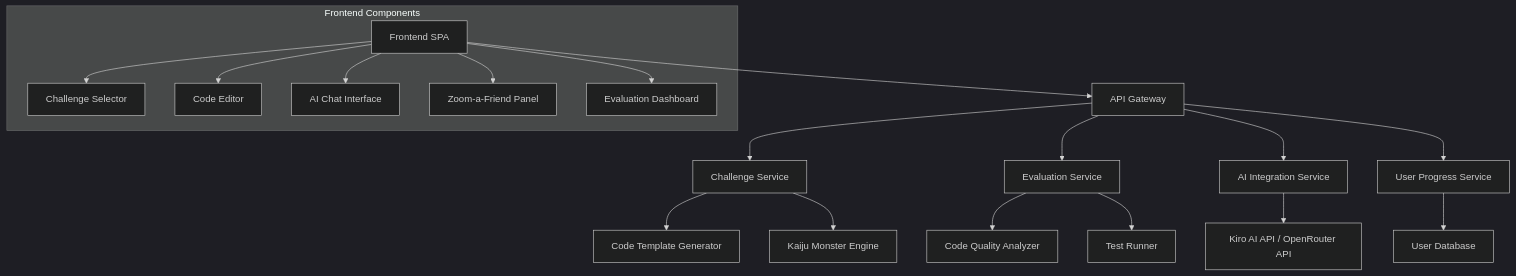
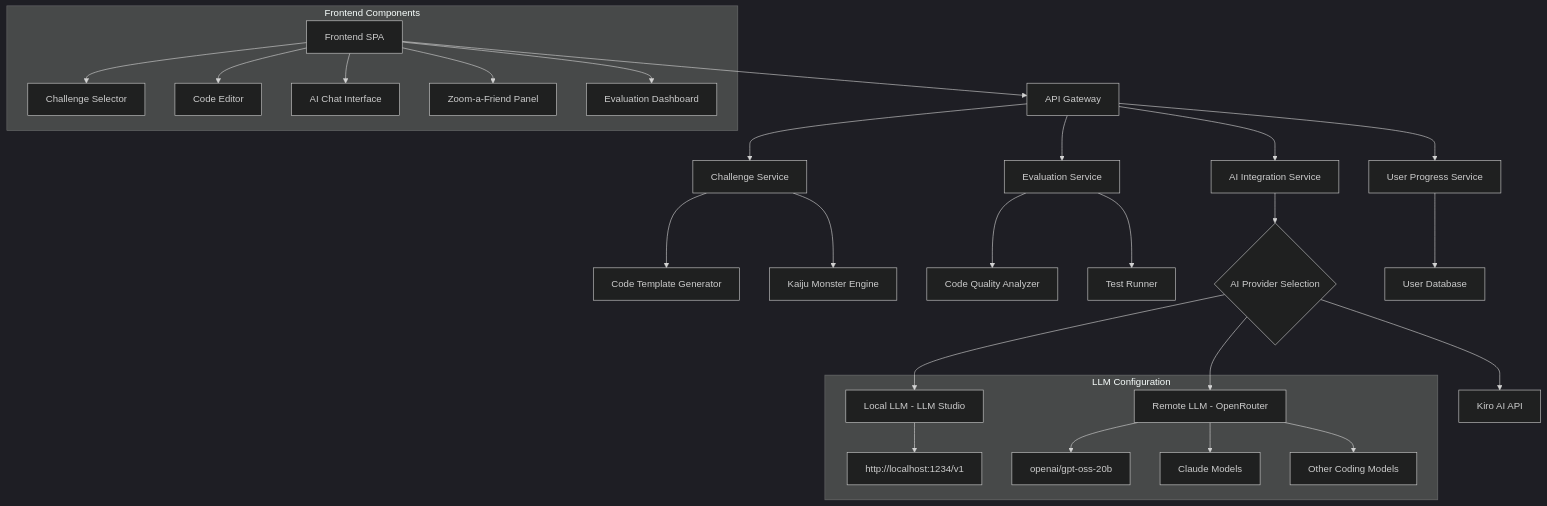
Before and after one commit to josher19/kiro-kaiju: the diagram in .kiro/specs/kiro-kaiji-refactor-rampage/design.md, drawn with Mermaid (dark theme). The commit also changed other lines of this file and 29 other files, not shown here.

````diff
--- a/.kiro/specs/kiro-kaiji-refactor-rampage/design.md
+++ b/.kiro/specs/kiro-kaiji-refactor-rampage/design.md
@@ -11,26 +11,36 @@
 ```mermaid
 graph TB
     A[Frontend SPA] --> B[API Gateway]
     B --> C[Challenge Service]
     B --> D[Evaluation Service]
     B --> E[AI Integration Service]
     B --> F[User Progress Service]
     
     C --> G[Code Template Generator]
     C --> H[Kaiju Monster Engine]
     
     D --> I[Code Quality Analyzer]
     D --> J[Test Runner]
     
-    E --> K[Kiro AI API / OpenRouter API]
+    E --> K{AI Provider Selection}
+    K --> L[Kiro AI API]
+    K --> M[Local LLM - LLM Studio]
+    K --> N[Remote LLM - OpenRouter]
     
-    F --> L[User Database]
+    F --> O[User Database]
     
     subgraph "Frontend Components"
-        A --> M[Challenge Selector]
-        A --> N[Code Editor]
-        A --> O[AI Chat Interface]
-        A --> P[Zoom-a-Friend Panel]
-        A --> Q[Evaluation Dashboard]
+        A --> P[Challenge Selector]
+        A --> Q[Code Editor]
+        A --> R[AI Chat Interface]
+        A --> S[Zoom-a-Friend Panel]
+        A --> T[Evaluation Dashboard]
+    end
+    
+    subgraph "LLM Configuration"
+        M --> U[http://localhost:1234/v1]
+        N --> V[openai/gpt-oss-20b]
+        N --> W[Claude Models]
+        N --> X[Other Coding Models]
     end
 ```
````
